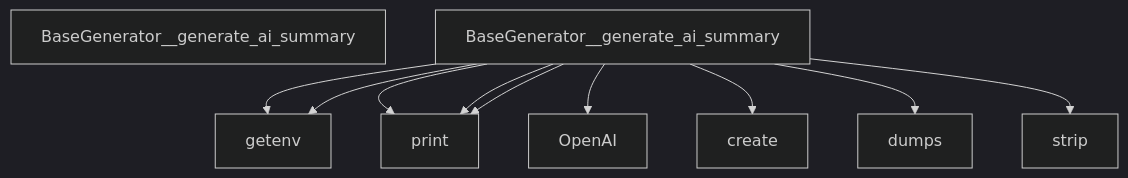
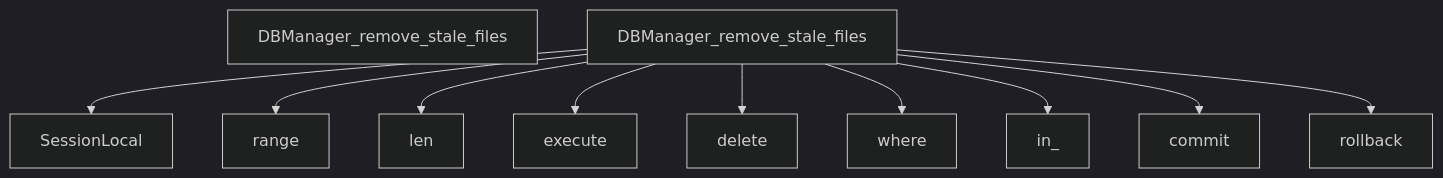
One commit to hazalkoom/DECODEx01 changed diagram 13 of 28 in docs/DATA_FLOW.md. Above: the diagram before and after it, drawn with Mermaid (dark theme). The commit also changed other lines of this file and 6 other files, not shown here.

Commit message:
feat: NLG heuristic improvements - stricter schema matching, python decorator parsing, utility path pruning

````diff
--- a/docs/DATA_FLOW.md
+++ b/docs/DATA_FLOW.md
@@ -485,41 +485,41 @@
 ```mermaid
 graph TD
-    Start[BaseGenerator__generate_ai_summary]
+    Start[DBManager_remove_stale_files]
 
 
-    BaseGenerator__generate_ai_summary --> getenv
+    DBManager_remove_stale_files --> SessionLocal
 
 
 
-    BaseGenerator__generate_ai_summary --> print
+    DBManager_remove_stale_files --> range
 
 
 
-    BaseGenerator__generate_ai_summary --> getenv
+    DBManager_remove_stale_files --> len
 
 
 
-    BaseGenerator__generate_ai_summary --> OpenAI
+    DBManager_remove_stale_files --> execute
 
 
 
-    BaseGenerator__generate_ai_summary --> print
+    DBManager_remove_stale_files --> delete
 
 
 
-    BaseGenerator__generate_ai_summary --> create
+    DBManager_remove_stale_files --> where
 
 
 
-    BaseGenerator__generate_ai_summary --> dumps
+    DBManager_remove_stale_files --> in_
 
 
 
-    BaseGenerator__generate_ai_summary --> strip
+    DBManager_remove_stale_files --> commit
 
 
 
-    BaseGenerator__generate_ai_summary --> print
+    DBManager_remove_stale_files --> rollback
 
 
 ```
````
